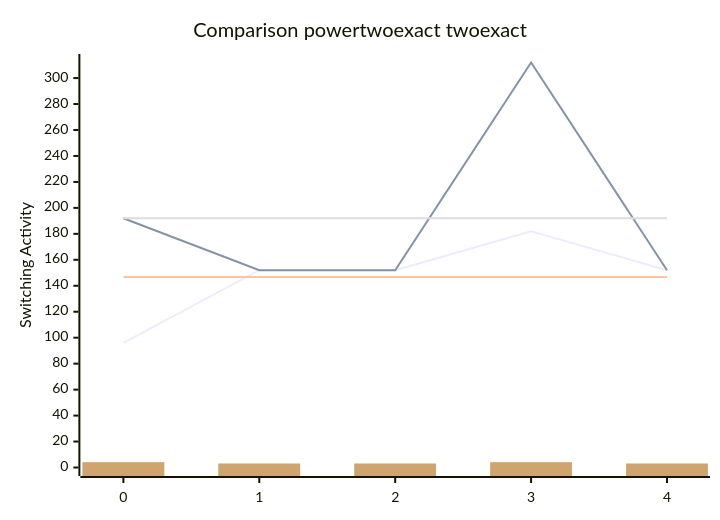
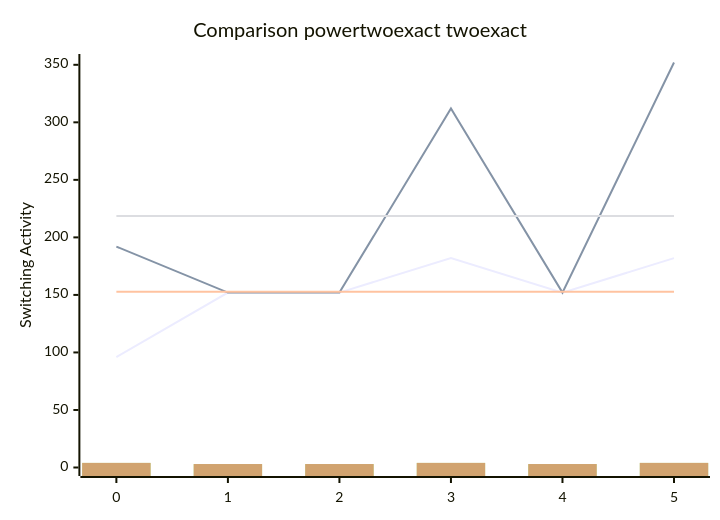
The diagram in benchmark.md (FeldmeierMichael/Exact-Power-Synthesis), drawn with Mermaid before and after one commit. The commit also changed other lines of this file and 2 other files, not shown here.

````diff
--- a/benchmark.md
+++ b/benchmark.md
@@ -11,12 +13,12 @@
 ```mermaid
 xychart-beta
     title "Comparison powertwoexact twoexact"
-    x-axis [0, 1, 2, 3, 4]
-    y-axis "Switching Activity" 0-->312
-    line [96, 152, 152, 182, 152]
-    line [192, 152, 152, 312, 152]
-    line [146.8, 146.8, 146.8, 146.8, 146.8]
-    line [192.0, 192.0, 192.0, 192.0, 192.0]
-    bar [4, 3, 3, 4, 3, 4, 3, 3, 4, 3, 4, 3, 3, 4, 3, 4, 3, 3, 4, 3, 4, 3, 3, 4, 3, 4, 3, 3, 4, 3, 4, 3, 3, 4, 3, 4, 3, 3, 4, 3, 4, 3, 3, 4, 3, 4, 3, 3, 4, 3, 4, 3, 3, 4, 3, 4, 3, 3, 4, 3, 4, 3, 3, 4, 3, 4, 3, 3, 4, 3, 4, 3, 3, 4, 3, 4, 3, 3, 4, 3, 4, 3, 3, 4, 3, 4, 3, 3, 4, 3, 4, 3, 3, 4, 3, 4, 3, 3, 4, 3]
-    bar [4, 3, 3, 4, 3, 4, 3, 3, 4, 3, 4, 3, 3, 4, 3, 4, 3, 3, 4, 3, 4, 3, 3, 4, 3, 4, 3, 3, 4, 3, 4, 3, 3, 4, 3, 4, 3, 3, 4, 3, 4, 3, 3, 4, 3, 4, 3, 3, 4, 3, 4, 3, 3, 4, 3, 4, 3, 3, 4, 3, 4, 3, 3, 4, 3, 4, 3, 3, 4, 3, 4, 3, 3, 4, 3, 4, 3, 3, 4, 3, 4, 3, 3, 4, 3, 4, 3, 3, 4, 3, 4, 3, 3, 4, 3, 4, 3, 3, 4, 3]
+    x-axis [0, 1, 2, 3, 4, 5]
+    y-axis "Switching Activity" 0-->352
+    line [96, 152, 152, 182, 152, 182]
+    line [192, 152, 152, 312, 152, 352]
+    line [152.66666666666666, 152.66666666666666, 152.66666666666666, 152.66666666666666, 152.66666666666666, 152.66666666666666]
+    line [218.66666666666666, 218.66666666666666, 218.66666666666666, 218.66666666666666, 218.66666666666666, 218.66666666666666]
+    bar [4, 3, 3, 4, 3, 4, 4, 3, 3, 4, 3, 4, 4, 3, 3, 4, 3, 4, 4, 3, 3, 4, 3, 4, 4, 3, 3, 4, 3, 4, 4, 3, 3, 4, 3, 4, 4, 3, 3, 4, 3, 4, 4, 3, 3, 4, 3, 4, 4, 3, 3, 4, 3, 4, 4, 3, 3, 4, 3, 4, 4, 3, 3, 4, 3, 4, 4, 3, 3, 4, 3, 4, 4, 3, 3, 4, 3, 4, 4, 3, 3, 4, 3, 4, 4, 3, 3, 4, 3, 4, 4, 3, 3, 4, 3, 4, 4, 3, 3, 4, 3, 4, 4, 3, 3, 4, 3, 4, 4, 3, 3, 4, 3, 4, 4, 3, 3, 4, 3, 4]
+    bar [4, 3, 3, 4, 3, 4, 4, 3, 3, 4, 3, 4, 4, 3, 3, 4, 3, 4, 4, 3, 3, 4, 3, 4, 4, 3, 3, 4, 3, 4, 4, 3, 3, 4, 3, 4, 4, 3, 3, 4, 3, 4, 4, 3, 3, 4, 3, 4, 4, 3, 3, 4, 3, 4, 4, 3, 3, 4, 3, 4, 4, 3, 3, 4, 3, 4, 4, 3, 3, 4, 3, 4, 4, 3, 3, 4, 3, 4, 4, 3, 3, 4, 3, 4, 4, 3, 3, 4, 3, 4, 4, 3, 3, 4, 3, 4, 4, 3, 3, 4, 3, 4, 4, 3, 3, 4, 3, 4, 4, 3, 3, 4, 3, 4, 4, 3, 3, 4, 3, 4]
 ```
````
